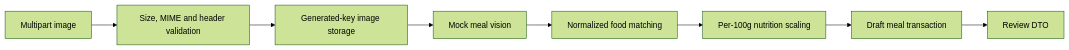
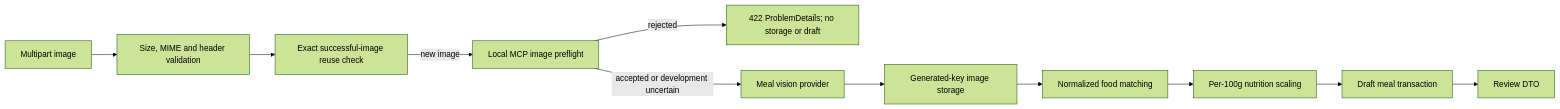
The diagram in docs/meal-analysis-pipeline.md (sumanbaul/ainutritiontracker), drawn with Mermaid (forest theme) before and after one commit. The commit also changed other lines of this file and 31 other files, not shown here.

First line of the commit message:
feat: Implement image preflight checks and integrate with MealVision analysis

````diff
--- a/docs/meal-analysis-pipeline.md
+++ b/docs/meal-analysis-pipeline.md
@@ -5,10 +5,13 @@
 ```mermaid
 flowchart LR
   A[Multipart image] --> B[Size, MIME and header validation]
-  B --> C[Generated-key image storage]
-  C --> D[Mock meal vision]
-  D --> E[Normalized food matching]
-  E --> F[Per-100g nutrition scaling]
-  F --> G[Draft meal transaction]
-  G --> H[Review DTO]
+  B --> C[Exact successful-image reuse check]
+  C -->|new image| D[Local MCP image preflight]
+  D -->|rejected| X[422 ProblemDetails; no storage or draft]
+  D -->|accepted or development uncertain| E[Meal vision provider]
+  E --> F[Generated-key image storage]
+  F --> G[Normalized food matching]
+  G --> H[Per-100g nutrition scaling]
+  H --> I[Draft meal transaction]
+  I --> J[Review DTO]
 ```
````
